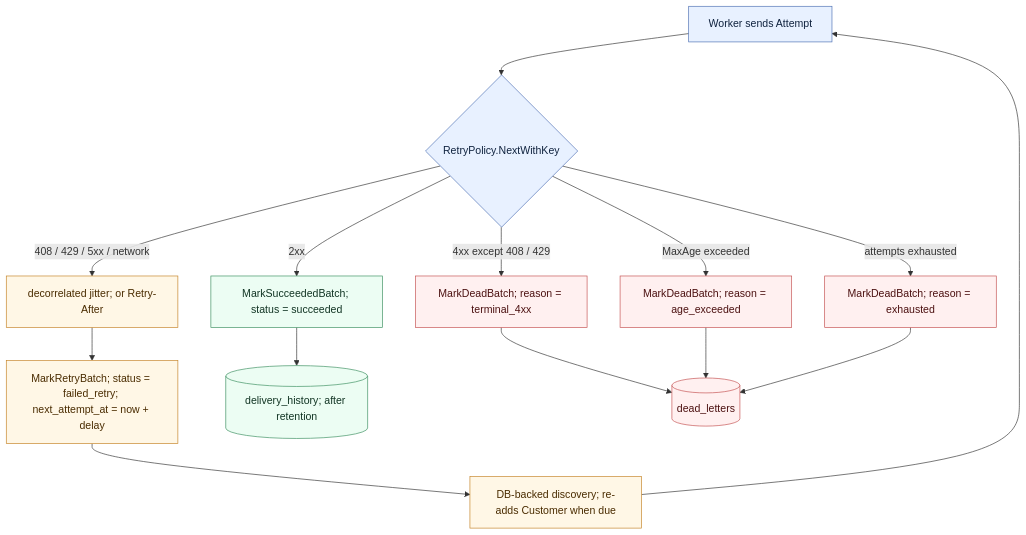
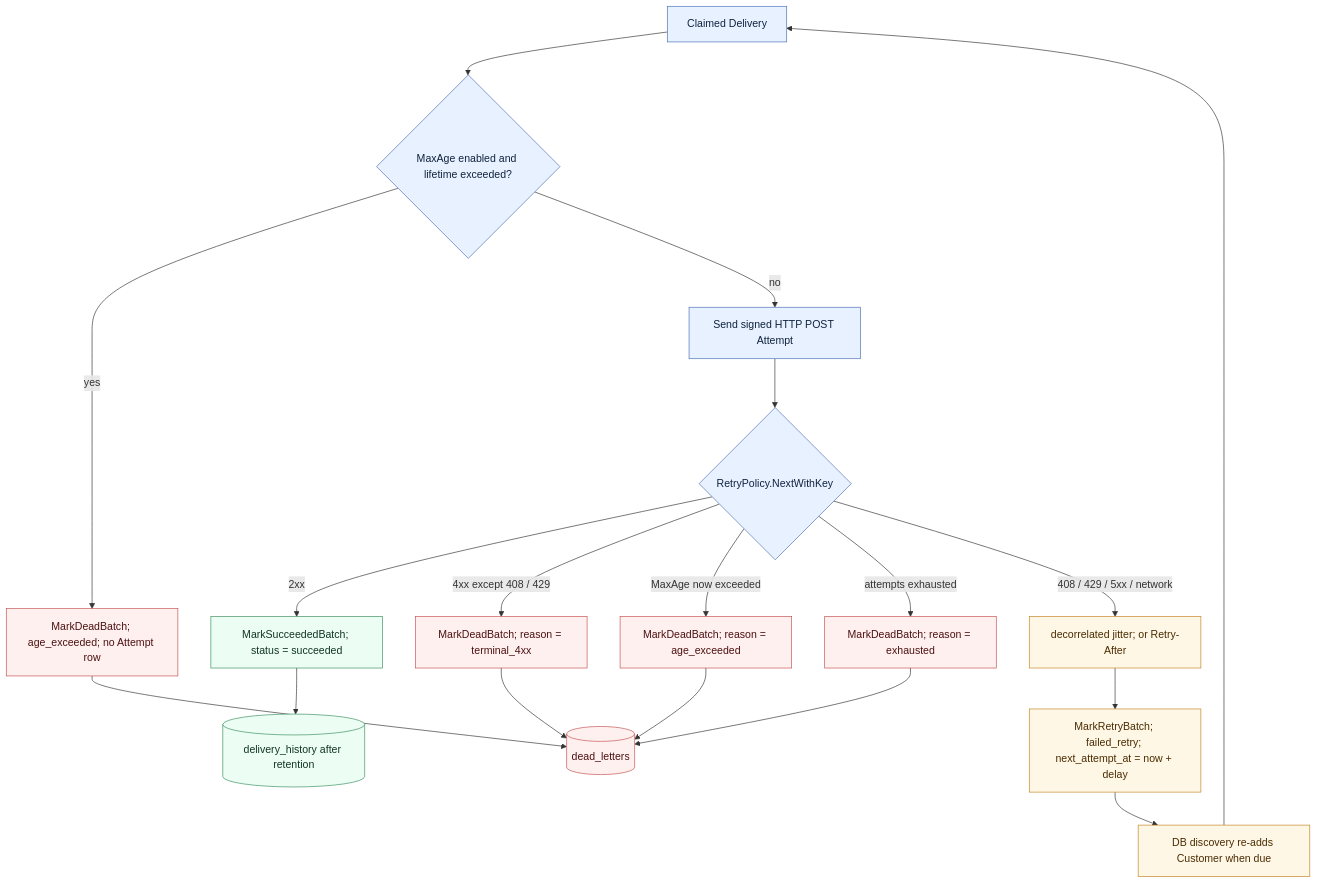
The diagram in docs/animations/retry-policy.mmd (lvluu/webhook-notifier), drawn with Mermaid before and after one commit. The commit also changed 51 other files, not shown here.

```diff
--- a/docs/animations/retry-policy.mmd
+++ b/docs/animations/retry-policy.mmd
@@ -1,33 +1,37 @@
 flowchart TD
     %% Animation intent:
-    %% 1. Worker sends an Attempt.
-    %% 2. RetryPolicy classifies response/error.
-    %% 3. Success and terminal failures end the Delivery.
+    %% 1. Optional MaxAge is checked before dispatch; zero disables it.
+    %% 2. A real HTTP Attempt is sent only when the Delivery is not expired.
+    %% 3. RetryPolicy classifies the response/error.
     %% 4. Retryable failures compute delay and re-enter claimable work later.
-    %% 5. MaxAge and attempt exhaustion force terminal dead.
+    %% 5. MaxAge after a failed Attempt and attempt exhaustion force dead state.
 
-    A["Worker sends Attempt"] --> B{"RetryPolicy.NextWithKey"}
+    A["Claimed Delivery"] --> AGE{"MaxAge enabled and lifetime exceeded?"}
+    AGE -->|"yes"| EXPIRED["MarkDeadBatch; age_exceeded; no Attempt row"]
+    AGE -->|"no"| SEND["Send signed HTTP POST Attempt"]
+    SEND --> B{"RetryPolicy.NextWithKey"}
 
     B -->|"2xx"| S["MarkSucceededBatch; status = succeeded"]
     B -->|"4xx except 408 / 429"| D["MarkDeadBatch; reason = terminal_4xx"]
-    B -->|"MaxAge exceeded"| D2["MarkDeadBatch; reason = age_exceeded"]
+    B -->|"MaxAge now exceeded"| D2["MarkDeadBatch; reason = age_exceeded"]
     B -->|"attempts exhausted"| D3["MarkDeadBatch; reason = exhausted"]
     B -->|"408 / 429 / 5xx / network"| R["decorrelated jitter; or Retry-After"]
 
-    R --> M["MarkRetryBatch; status = failed_retry; next_attempt_at = now + delay"]
-    M --> Q["DB-backed discovery; re-adds Customer when due"]
+    R --> M["MarkRetryBatch; failed_retry; next_attempt_at = now + delay"]
+    M --> Q["DB discovery re-adds Customer when due"]
     Q --> A
 
-    S --> H[("delivery_history; after retention")]
-    D --> DL[("dead_letters")]
+    S --> H[("delivery_history after retention")]
+    EXPIRED --> DL[("dead_letters")]
+    D --> DL
     D2 --> DL
     D3 --> DL
 
     classDef attempt fill:#e8f1ff,stroke:#4d6fb3,color:#10233f;
     classDef retry fill:#fff7e6,stroke:#c48225,color:#4a2c00;
     classDef done fill:#ecfdf3,stroke:#3b8f5f,color:#123524;
     classDef dead fill:#fff0f0,stroke:#c45050,color:#4c1111;
-    class A,B attempt;
+    class A,AGE,SEND,B attempt;
     class R,M,Q retry;
     class S,H done;
-    class D,D2,D3,DL dead;
+    class EXPIRED,D,D2,D3,DL dead;
```
